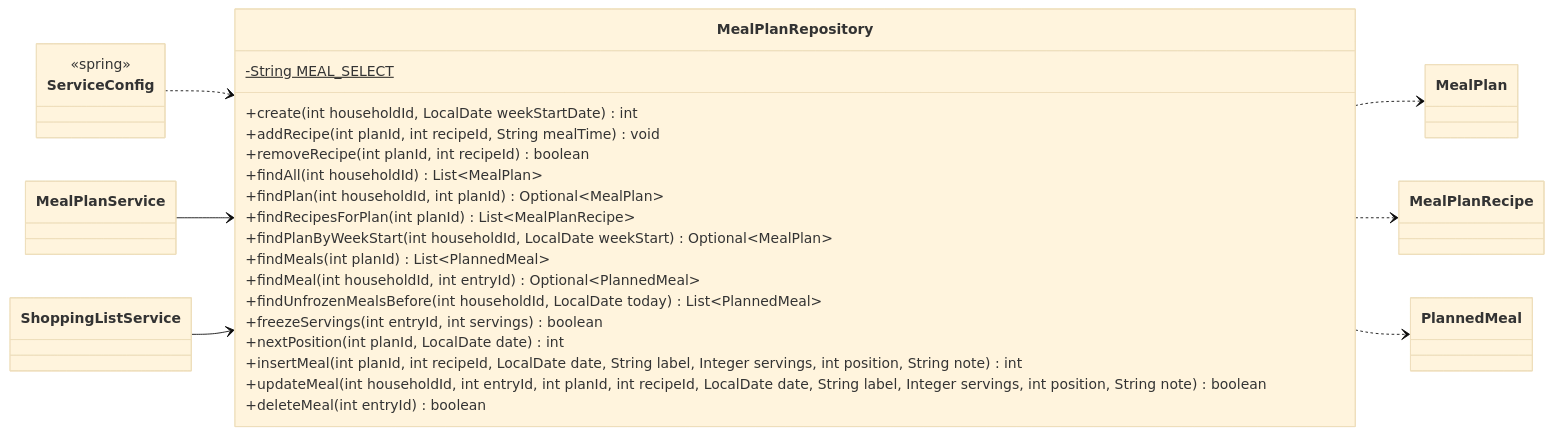
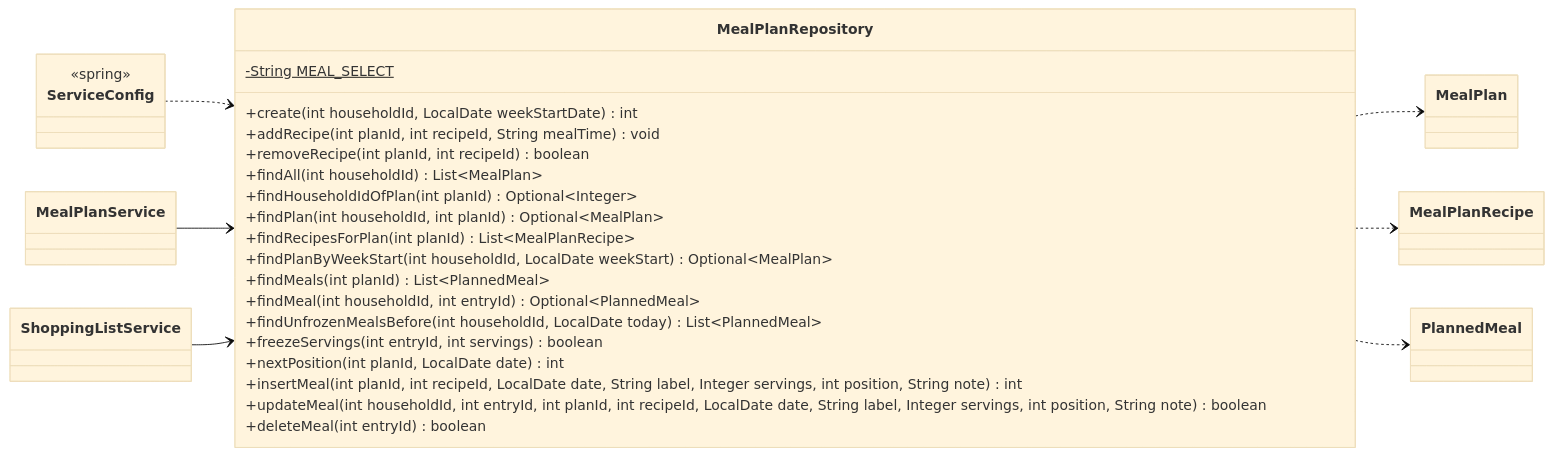
One commit to Nate-ryan-7690/dahaem changed the fifth of 26 diagrams in docs/classes/mealplanner.md. Above: the diagram before and after it, drawn with Mermaid (base theme). The commit also changed other lines of this file and 2 other files, not shown here.

````diff
--- a/docs/classes/mealplanner.md
+++ b/docs/classes/mealplanner.md
@@ -301,36 +301,37 @@
 ```mermaid
 classDiagram
     direction LR
     class mealplanner_MealPlanRepository["MealPlanRepository"] {
         +create(int householdId, LocalDate weekStartDate) int
         +addRecipe(int planId, int recipeId, String mealTime) void
         +removeRecipe(int planId, int recipeId) boolean
         +findAll(int householdId) List~MealPlan~
+        +findHouseholdIdOfPlan(int planId) Optional~Integer~
         +findPlan(int householdId, int planId) Optional~MealPlan~
         +findRecipesForPlan(int planId) List~MealPlanRecipe~
         -String MEAL_SELECT$
         +findPlanByWeekStart(int householdId, LocalDate weekStart) Optional~MealPlan~
         +findMeals(int planId) List~PlannedMeal~
         +findMeal(int householdId, int entryId) Optional~PlannedMeal~
         +findUnfrozenMealsBefore(int householdId, LocalDate today) List~PlannedMeal~
         +freezeServings(int entryId, int servings) boolean
         +nextPosition(int planId, LocalDate date) int
         +insertMeal(int planId, int recipeId, LocalDate date, String label, Integer servings, int position, String note) int
         +updateMeal(int householdId, int entryId, int planId, int recipeId, LocalDate date, String label, Integer servings, int position, String note) boolean
         +deleteMeal(int entryId) boolean
     }
     class mealplanner_MealPlanService["MealPlanService"]
     class shopping_ShoppingListService["ShoppingListService"]
     class mealplanner_MealPlan["MealPlan"]
     class mealplanner_MealPlanRecipe["MealPlanRecipe"]
     class mealplanner_PlannedMeal["PlannedMeal"]
     class api_ServiceConfig["ServiceConfig"] {
         <<spring>>
     }
     mealplanner_MealPlanRepository ..> mealplanner_MealPlan
     mealplanner_MealPlanRepository ..> mealplanner_MealPlanRecipe
     mealplanner_MealPlanRepository ..> mealplanner_PlannedMeal
     api_ServiceConfig ..> mealplanner_MealPlanRepository
     mealplanner_MealPlanService --> mealplanner_MealPlanRepository
     shopping_ShoppingListService --> mealplanner_MealPlanRepository
 ```
````
